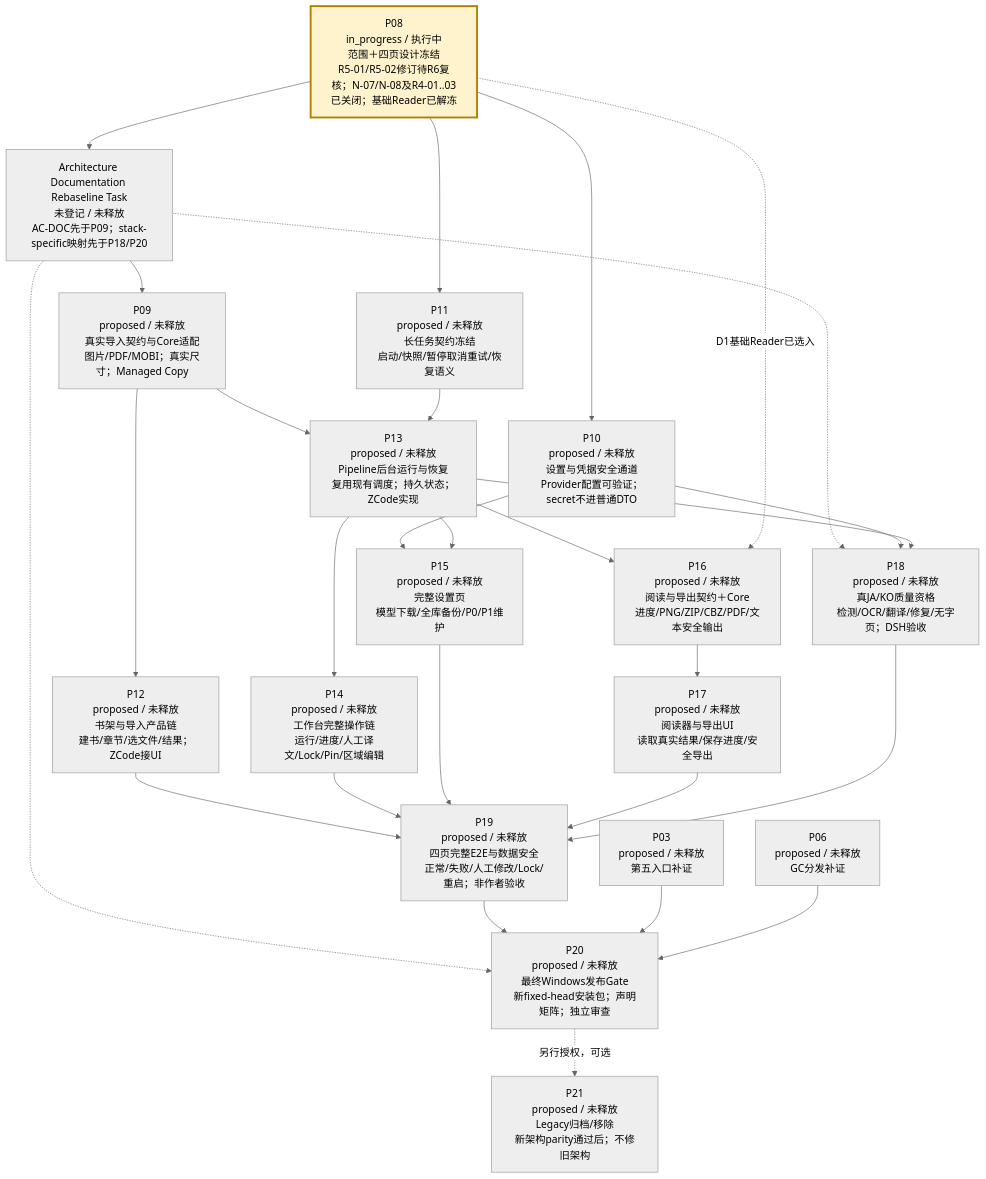
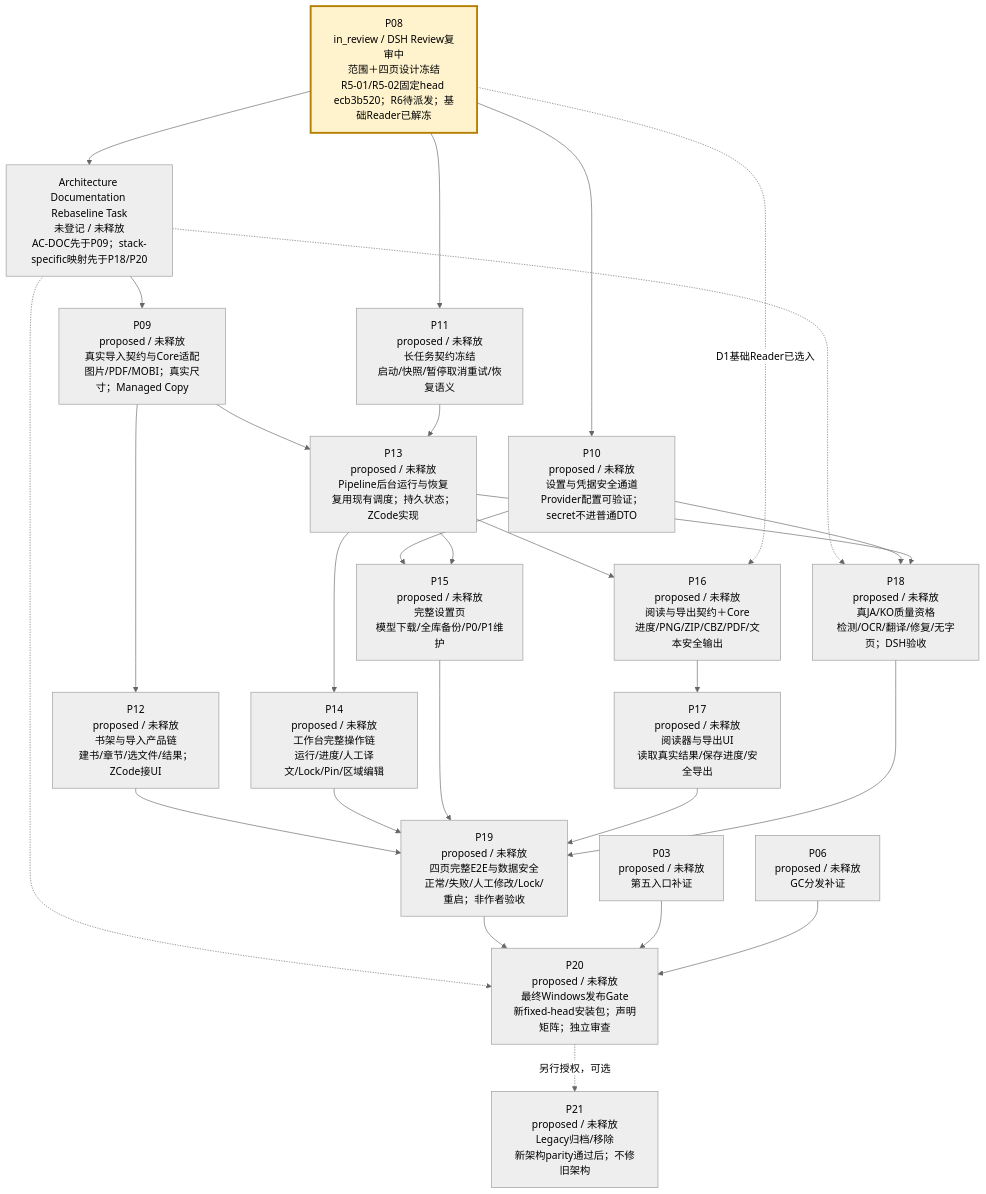
Before and after one commit to peakwheat-pixel/New-Manga: the third of 4 diagrams in verification/PROJECT-ROADMAP-20261008/ROADMAP.md, drawn with Mermaid (neutral theme). The commit also changed other lines of this file and 12 other files, not shown here.

````diff
--- a/verification/PROJECT-ROADMAP-20261008/ROADMAP.md
+++ b/verification/PROJECT-ROADMAP-20261008/ROADMAP.md
@@ -47,30 +47,30 @@
 ```mermaid
 flowchart TB
-  P08["P08<br/>in_progress / 执行中<br/>范围＋四页设计冻结<br/>R5-01/R5-02修订待R6复核；N-07/N-08及R4-01..03已关闭；基础Reader已解冻"] --> ARCHDOC["Architecture Documentation Rebaseline Task<br/>未登记 / 未释放<br/>AC-DOC先于P09；stack-specific映射先于P18/P20"]
+  P08["P08<br/>in_review / DSH Review复审中<br/>范围＋四页设计冻结<br/>R5-01/R5-02固定head ecb3b520；R6待派发；基础Reader已解冻"] --> ARCHDOC["Architecture Documentation Rebaseline Task<br/>未登记 / 未释放<br/>AC-DOC先于P09；stack-specific映射先于P18/P20"]
   ARCHDOC --> P09["P09<br/>proposed / 未释放<br/>真实导入契约与Core适配<br/>图片/PDF/MOBI；真实尺寸；Managed Copy"]
   ARCHDOC -.-> P18
   ARCHDOC -.-> P20
   P08 --> P10["P10<br/>proposed / 未释放<br/>设置与凭据安全通道<br/>Provider配置可验证；secret不进普通DTO"]
   P08 --> P11["P11<br/>proposed / 未释放<br/>长任务契约冻结<br/>启动/快照/暂停取消重试/恢复语义"]
   P09 --> P12["P12<br/>proposed / 未释放<br/>书架与导入产品链<br/>建书/章节/选文件/结果；ZCode接UI"]
   P09 --> P13["P13<br/>proposed / 未释放<br/>Pipeline后台运行与恢复<br/>复用现有调度；持久状态；ZCode实现"]
   P11 --> P13
   P13 --> P14["P14<br/>proposed / 未释放<br/>工作台完整操作链<br/>运行/进度/人工译文/Lock/Pin/区域编辑"]
   P10 --> P15["P15<br/>proposed / 未释放<br/>完整设置页<br/>模型下载/全库备份/P0/P1维护"]
   P13 --> P15
   P13 --> P16["P16<br/>proposed / 未释放<br/>阅读与导出契约＋Core<br/>进度/PNG/ZIP/CBZ/PDF/文本安全输出"]
   P08 -. "D1基础Reader已选入" .-> P16
   P16 --> P17["P17<br/>proposed / 未释放<br/>阅读器与导出UI<br/>读取真实结果/保存进度/安全导出"]
   P10 --> P18["P18<br/>proposed / 未释放<br/>真JA/KO质量资格<br/>检测/OCR/翻译/修复/无字页；DSH验收"]
   P13 --> P18
   P12 --> P19["P19<br/>proposed / 未释放<br/>四页完整E2E与数据安全<br/>正常/失败/人工修改/Lock/重启；非作者验收"]
   P14 --> P19
   P15 --> P19
   P17 --> P19
   P18 --> P19
   P19 --> P20["P20<br/>proposed / 未释放<br/>最终Windows发布Gate<br/>新fixed-head安装包；声明矩阵；独立审查"]
   P03["P03<br/>proposed / 未释放<br/>第五入口补证"] --> P20
   P06["P06<br/>proposed / 未释放<br/>GC分发补证"] --> P20
   P20 -. "另行授权，可选" .-> P21["P21<br/>proposed / 未释放<br/>Legacy归档/移除<br/>新架构parity通过后；不修旧架构"]
   style P08 fill:#fff3cd,stroke:#b58105,stroke-width:3px
 ```
````
